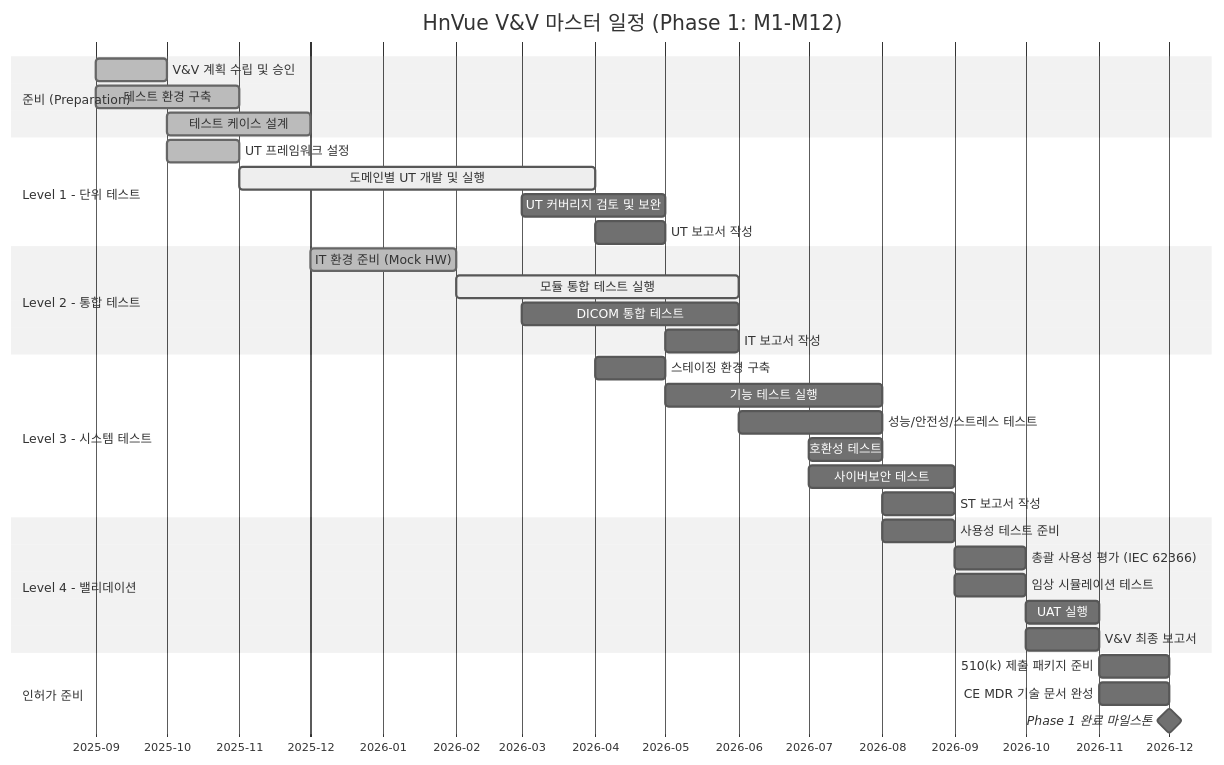
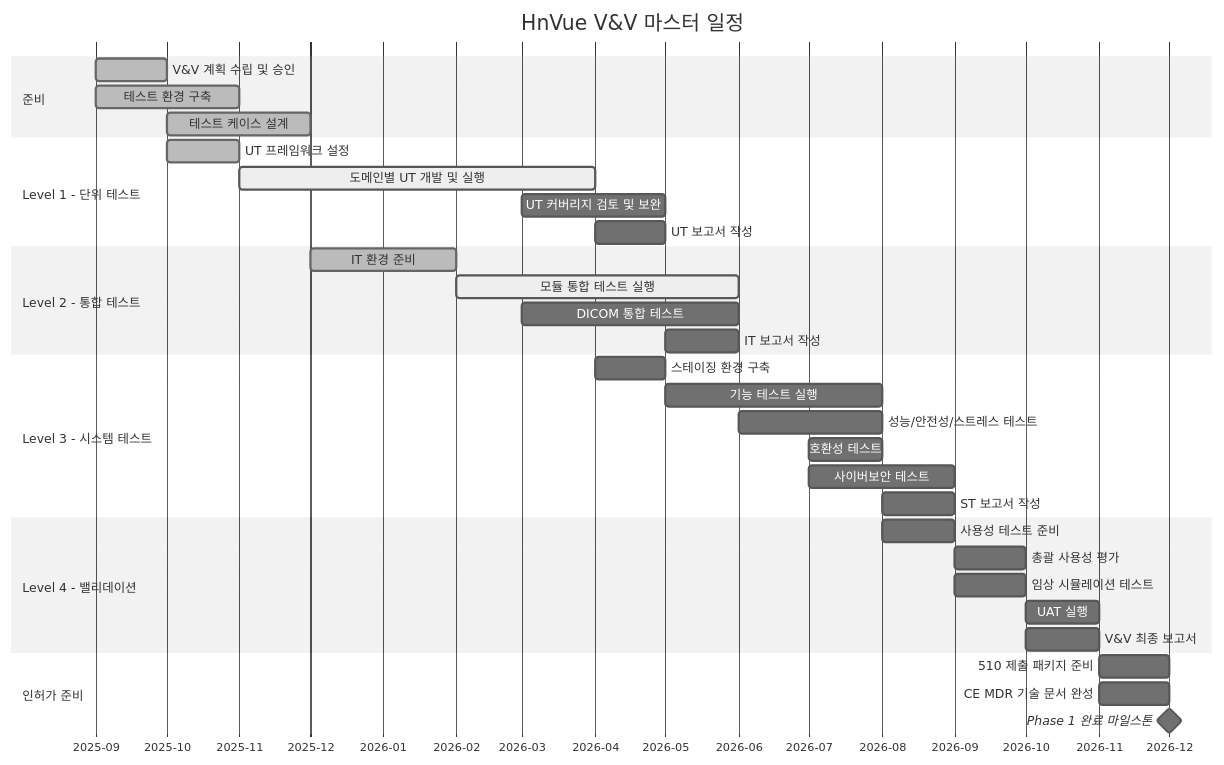
One commit to holee9/console-gui changed diagram 11 of 11 in docs/verification/DOC-011_VV_Master_Plan_v1.0.md. Above: the diagram before and after it, drawn with Mermaid (neutral theme). The commit also changed 10 other files, not shown here.

First line of the commit message:
fix: Gantt 차트 전면 수정 + 버전 불일치 해소

````diff
--- a/docs/verification/DOC-011_VV_Master_Plan_v1.0.md
+++ b/docs/verification/DOC-011_VV_Master_Plan_v1.0.md
@@ -872,43 +872,44 @@
 ```mermaid
 gantt
-    title HnVue V&V 마스터 일정 (Phase 1: M1-M12)
+    title HnVue V&V 마스터 일정
     dateFormat  YYYY-MM
     axisFormat  %Y-%m
 
-    section 준비 (Preparation)
+    section 준비
     V&V 계획 수립 및 승인          :done,    vvp,   2025-09, 2025-10
     테스트 환경 구축               :done,    env,   2025-09, 2025-11
     테스트 케이스 설계             :done,    tcd,   2025-10, 2025-12
 
     section Level 1 - 단위 테스트
     UT 프레임워크 설정              :done,    utf,   2025-10, 2025-11
     도메인별 UT 개발 및 실행        :active,  utex,  2025-11, 2026-04
     UT 커버리지 검토 및 보완        :         utcov, 2026-03, 2026-05
     UT 보고서 작성                  :         utrpt, 2026-04, 2026-05
 
     section Level 2 - 통합 테스트
-    IT 환경 준비 (Mock HW)          :done,    ite,   2025-12, 2026-02
+    IT 환경 준비          :done,    ite,   2025-12, 2026-02
     모듈 통합 테스트 실행           :active,  itex,  2026-02, 2026-06
     DICOM 통합 테스트              :         dcit,  2026-03, 2026-06
     IT 보고서 작성                  :         itrpt, 2026-05, 2026-06
 
     section Level 3 - 시스템 테스트
     스테이징 환경 구축              :         ste,   2026-04, 2026-05
     기능 테스트 실행               :         stex,  2026-05, 2026-08
     성능/안전성/스트레스 테스트     :         stpf,  2026-06, 2026-08
     호환성 테스트                  :         stco,  2026-07, 2026-08
     사이버보안 테스트              :         csec,  2026-07, 2026-09
     ST 보고서 작성                  :         strpt, 2026-08, 2026-09
 
     section Level 4 - 밸리데이션
     사용성 테스트 준비              :         utp,   2026-08, 2026-09
-    총괄 사용성 평가 (IEC 62366)   :         ute,   2026-09, 2026-10
+    총괄 사용성 평가   :         ute,   2026-09, 2026-10
     임상 시뮬레이션 테스트         :         cst,   2026-09, 2026-10
     UAT 실행                        :         uat,   2026-10, 2026-11
     V&V 최종 보고서                 :         vvrpt, 2026-10, 2026-11
 
     section 인허가 준비
-    510(k) 제출 패키지 준비         :         fda,   2026-11, 2026-12
+    510 제출 패키지 준비         :         fda,   2026-11, 2026-12
     CE MDR 기술 문서 완성          :         ce,    2026-11, 2026-12
     Phase 1 완료 마일스톤           :milestone, m1,  2026-12, 0d
+
 ```
````
